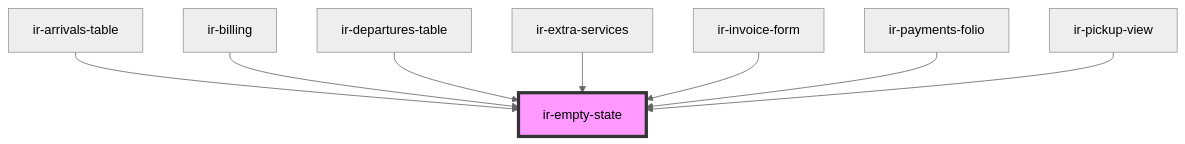
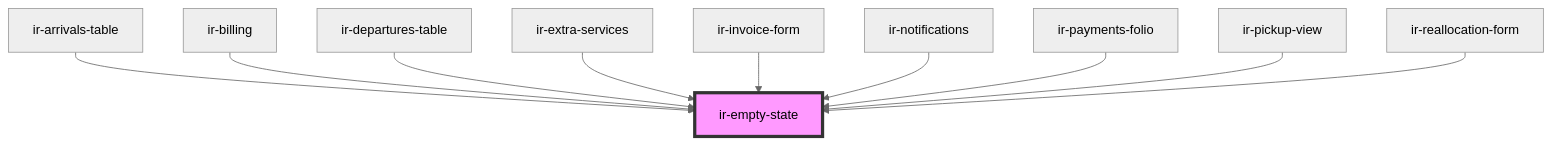
One commit to RonyRizk/ir-webcmp changed the diagram in src/components/ir-empty-state/readme.md. Above: the diagram before and after it, drawn with Mermaid (neutral theme). The commit also changed other lines of this file and 235 other files, not shown here.

````diff
--- a/src/components/ir-empty-state/readme.md
+++ b/src/components/ir-empty-state/readme.md
@@ -35,11 +37,13 @@
 ```mermaid
 graph TD;
   ir-arrivals-table --> ir-empty-state
   ir-billing --> ir-empty-state
   ir-departures-table --> ir-empty-state
   ir-extra-services --> ir-empty-state
   ir-invoice-form --> ir-empty-state
+  ir-notifications --> ir-empty-state
   ir-payments-folio --> ir-empty-state
   ir-pickup-view --> ir-empty-state
+  ir-reallocation-form --> ir-empty-state
   style ir-empty-state fill:#f9f,stroke:#333,stroke-width:4px
 ```
````
